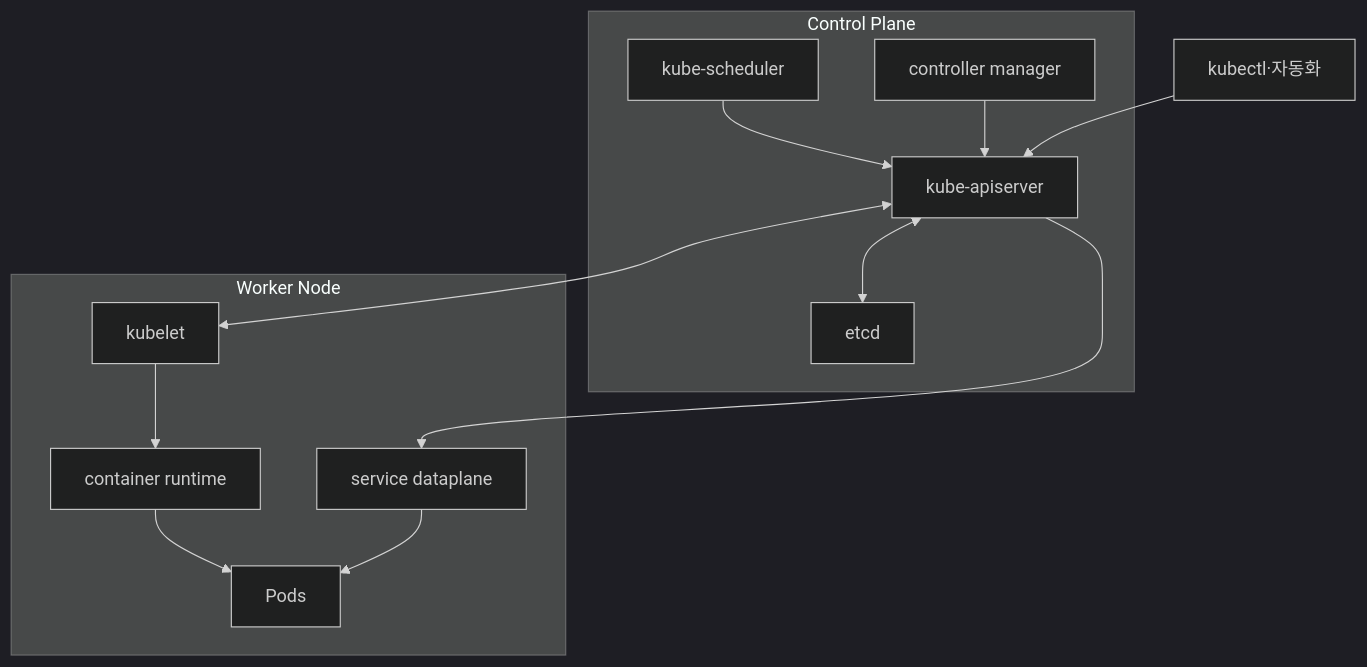
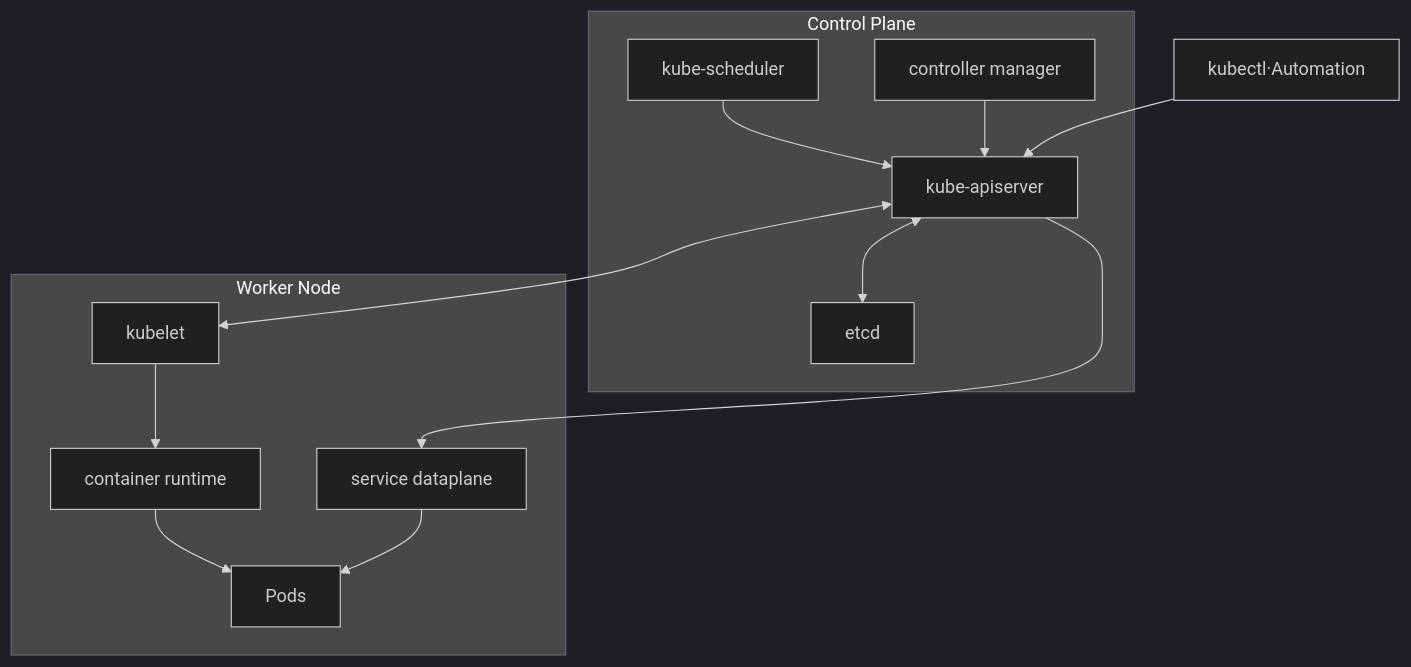
The first of 3 diagrams in docs-site/content/kubernetes/03-cluster-architecture.md (nohdol97/nohdol-study), drawn with Mermaid (dark theme) before and after one commit. The commit also changed other lines of this file and 116 other files, not shown here.

````diff
--- a/docs-site/content/kubernetes/03-cluster-architecture.md
+++ b/docs-site/content/kubernetes/03-cluster-architecture.md
@@ -18,16 +18,16 @@
 ```mermaid
 flowchart TB
     subgraph CP["Control Plane"]
       A["kube-apiserver"] <--> E["etcd"]
       S["kube-scheduler"] --> A
       C["controller manager"] --> A
     end
     subgraph N1["Worker Node"]
       K["kubelet"] --> R["container runtime"]
       R --> P["Pods"]
       X["service dataplane"] --> P
     end
-    U["kubectl·자동화"] --> A
+    U["kubectl·Automation"] --> A
     A <--> K
     A --> X
 ```
````
